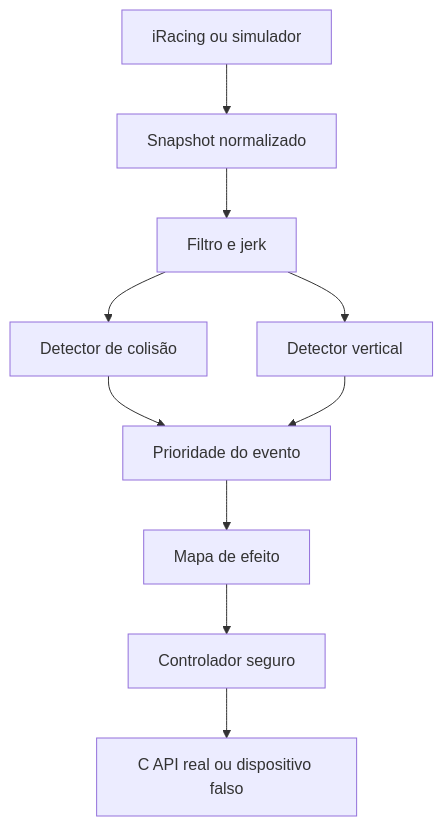
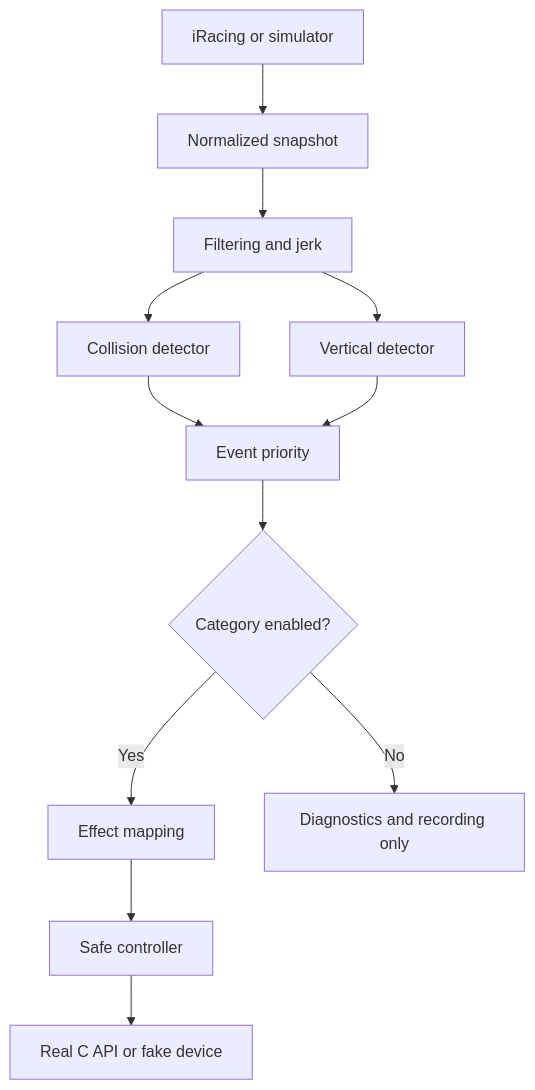
One commit to nishizumi-maho/PSVR2-iRacing-Haptics changed the first of 2 diagrams in docs/ARCHITECTURE.md. Above: the diagram before and after it, drawn with Mermaid. The commit also changed other lines of this file and 35 other files, not shown here.

````diff
--- a/docs/ARCHITECTURE.md
+++ b/docs/ARCHITECTURE.md
@@ -29,12 +31,14 @@
 ```mermaid
 flowchart TD
-    A["iRacing ou simulador"] --> B["Snapshot normalizado"]
-    B --> C["Filtro e jerk"]
-    C --> D["Detector de colisão"]
-    C --> E["Detector vertical"]
-    D --> F["Prioridade do evento"]
+    A["iRacing or simulator"] --> B["Normalized snapshot"]
+    B --> C["Filtering and jerk"]
+    C --> D["Collision detector"]
+    C --> E["Vertical detector"]
+    D --> F["Event priority"]
     E --> F
-    F --> G["Mapa de efeito"]
-    G --> H["Controlador seguro"]
-    H --> I["C API real ou dispositivo falso"]
+    F --> G{"Category enabled?"}
+    G -->|"Yes"| H["Effect mapping"]
+    G -->|"No"| I["Diagnostics and recording only"]
+    H --> J["Safe controller"]
+    J --> K["Real C API or fake device"]
 ```
````
